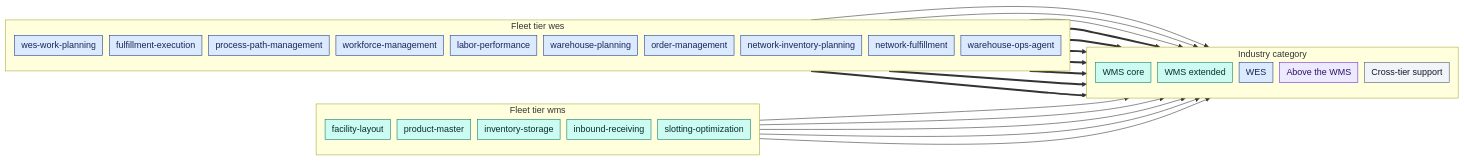
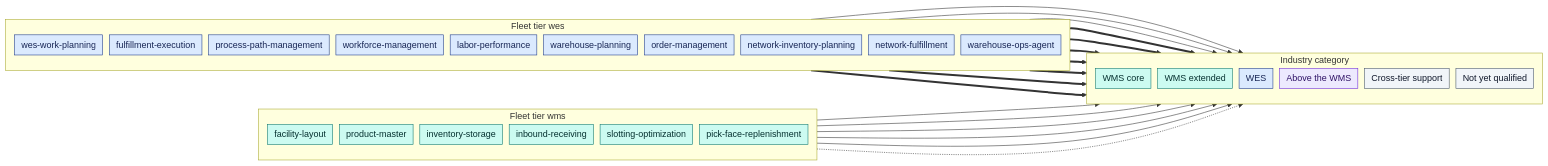
The second of 3 diagrams in docs/wms-wes/qualification.md (IQVO/warehouse-docs), drawn with Mermaid before and after one commit. The commit also changed other lines of this file, not shown here.

Commit message:
docs(wms-wes): add pick-face-replenishment to qualification (16 contexts, not yet qualified)

````diff
--- a/docs/wms-wes/qualification.md
+++ b/docs/wms-wes/qualification.md
@@ -108,57 +112,60 @@
 ```mermaid
 %%{init: {"flowchart": {"nodeSpacing": 12, "rankSpacing": 30, "padding": 6}}}%%
 flowchart LR
     subgraph FWMS["Fleet tier wms"]
         direction TB
         FL["facility-layout"]
         PM["product-master"]
         INV["inventory-storage"]
         INB["inbound-receiving"]
         SO["slotting-optimization"]
+        PFR["pick-face-replenishment"]
     end
     subgraph FWES["Fleet tier wes"]
         direction TB
         WWP["wes-work-planning"]
         FE["fulfillment-execution"]
         PPM["process-path-management"]
         WFM["workforce-management"]
         LP["labor-performance"]
         WPL["warehouse-planning"]
         OM["order-management"]
         NIP["network-inventory-planning"]
         NF["network-fulfillment"]
         OA["warehouse-ops-agent"]
     end
     subgraph IND["Industry category"]
         direction TB
         C1["WMS core"]
         C2["WMS extended"]
         C3["WES"]
         C4["Above the WMS"]
         C5["Cross-tier support"]
+        C6["Not yet qualified"]
     end
     FL --> C1
     PM --> C1
     INV --> C1
     INB --> C1
     SO --> C2
+    PFR -.-> C6
     WWP --> C3
     FE --> C3
     PPM --> C3
     WFM ==> C2
     LP ==> C2
     WPL ==> C4
     OM ==> C4
     NIP ==> C4
     NF ==> C4
     OA ==> C5
 
     classDef wms fill:#ccfbf1,stroke:#0f766e,color:#042f2e
     classDef wes fill:#dbeafe,stroke:#1e3a8a,color:#172554
     classDef above fill:#ede9fe,stroke:#6d28d9,color:#2e1065
     classDef other fill:#f1f5f9,stroke:#475569,color:#0f172a
-    class FL,PM,INV,INB,SO,C1,C2 wms
+    class FL,PM,INV,INB,SO,PFR,C1,C2 wms
     class WWP,FE,PPM,WFM,LP,WPL,OM,NIP,NF,OA,C3 wes
     class C4 above
-    class C5 other
+    class C5,C6 other
 ```
````
